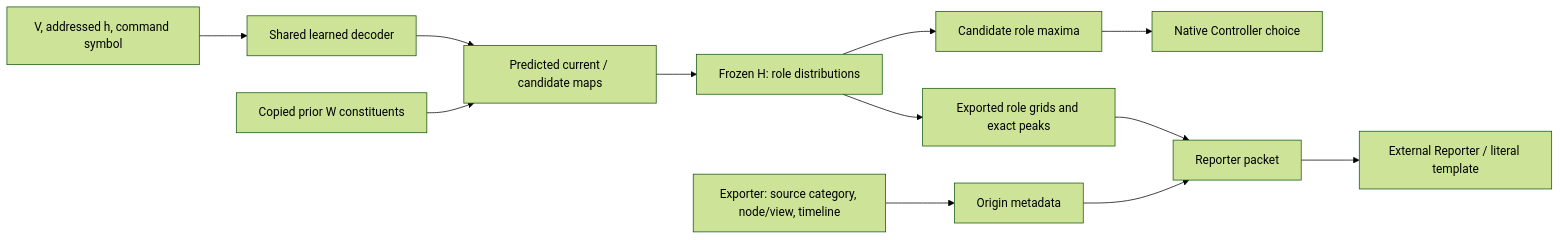
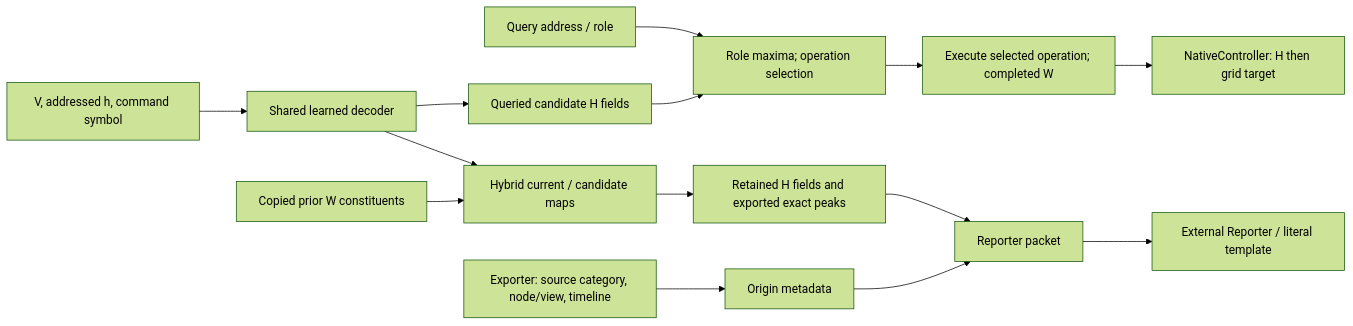
Before and after one commit to macterra/attcon: the diagram in docs/ATTENTION_RELATIONAL_NATIVE_READOUT_AUDIT_V1.md, drawn with Mermaid (forest theme). The commit also changed other lines of this file and 74 other files, not shown here.

````diff
--- a/docs/ATTENTION_RELATIONAL_NATIVE_READOUT_AUDIT_V1.md
+++ b/docs/ATTENTION_RELATIONAL_NATIVE_READOUT_AUDIT_V1.md
@@ -17,14 +27,16 @@
 ```mermaid
 flowchart LR
     I["V, addressed h, command symbol"] --> D["Shared learned decoder"]
-    D --> P["Predicted current / candidate maps"]
+    D --> Q["Queried candidate H fields"]
+    A["Query address / role"] --> K["Role maxima; operation selection"]
+    Q --> K
+    K --> E["Execute selected operation; completed W"]
+    E --> C["NativeController: H then grid target"]
+    D --> P["Hybrid current / candidate maps"]
     W["Copied prior W constituents"] --> P
-    P --> H["Frozen H: role distributions"]
-    H --> K["Candidate role maxima"]
-    K --> C["Native Controller choice"]
-    H --> X["Exported role grids and exact peaks"]
+    P --> X["Retained H fields and exported exact peaks"]
     O["Exporter: source category, node/view, timeline"] --> M["Origin metadata"]
     X --> B["Reporter packet"]
     M --> B
     B --> R["External Reporter / literal template"]
 ```
````
